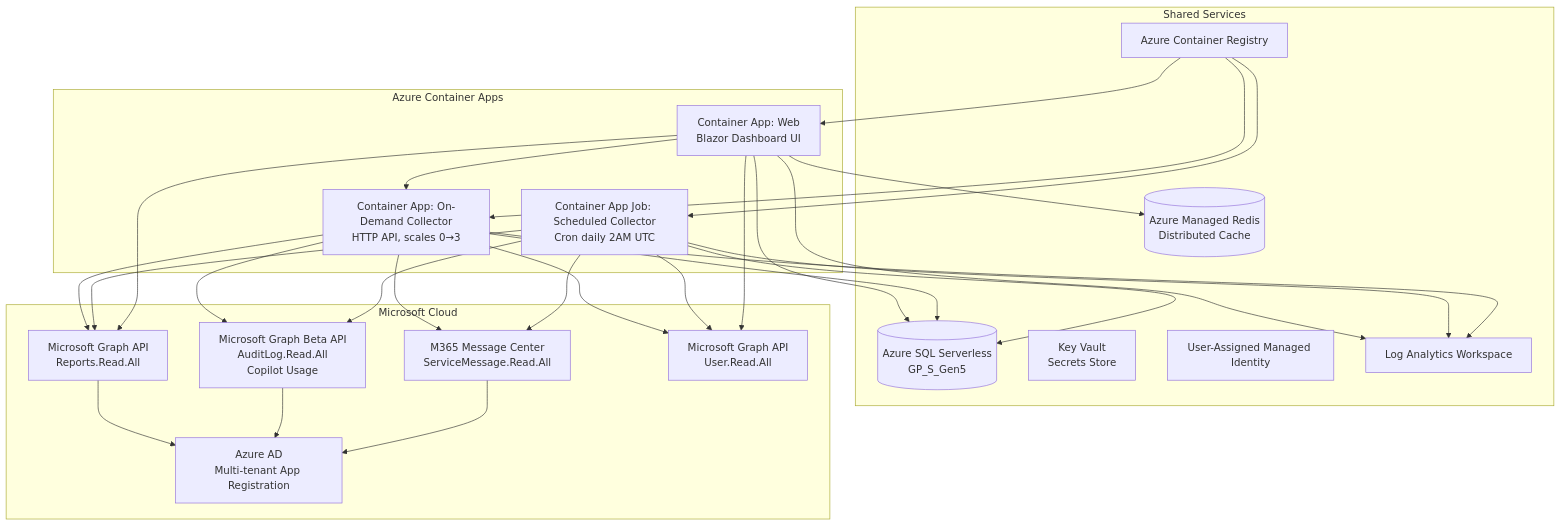
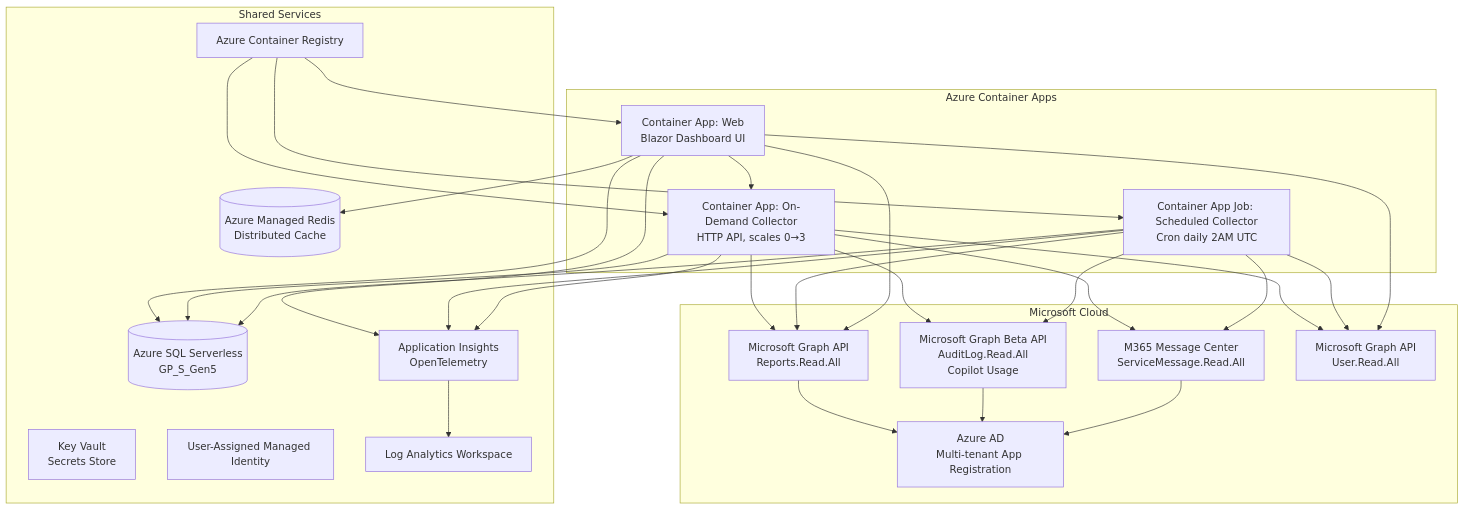
Before and after one commit to tdsnxnielsen-mikkelbach/MWDashboard: the first of 3 diagrams in docs/architecture.md, drawn with Mermaid. The commit also changed other lines of this file and 12 other files, not shown here.

Commit message:
feat: Integrate Application Insights with OpenTelemetry for distributed tracing and metrics across services

````diff
--- a/docs/architecture.md
+++ b/docs/architecture.md
@@ -5,50 +5,52 @@
 ```mermaid
 graph TB
     subgraph Azure Container Apps
         Web[Container App: Web<br/>Blazor Dashboard UI]
         Collector[Container App: On-Demand Collector<br/>HTTP API, scales 0→3]
         Job[Container App Job: Scheduled Collector<br/>Cron daily 2AM UTC]
     end
 
     subgraph Shared Services
         SQL[(Azure SQL Serverless<br/>GP_S_Gen5)]
         Redis[(Azure Managed Redis<br/>Distributed Cache)]
         KV[Key Vault<br/>Secrets Store]
         UAMI[User-Assigned Managed Identity]
         ACR[Azure Container Registry]
         Logs[Log Analytics Workspace]
+        AppInsights[Application Insights<br/>OpenTelemetry]
     end
 
     subgraph Microsoft Cloud
         Graph[Microsoft Graph API<br/>Reports.Read.All]
         GraphBeta[Microsoft Graph Beta API<br/>AuditLog.Read.All<br/>Copilot Usage]
         AAD[Azure AD<br/>Multi-tenant App Registration]
         MsgCenter[M365 Message Center<br/>ServiceMessage.Read.All]
         UsersApi[Microsoft Graph API<br/>User.Read.All]
     end
 
     Web --> SQL
     Web --> Redis
     Web --> Collector
     Collector --> SQL
     Collector --> Graph
     Collector --> GraphBeta
     Collector --> MsgCenter
     Collector --> UsersApi
     Job --> SQL
     Job --> Graph
     Job --> GraphBeta
     Job --> MsgCenter
     Job --> UsersApi
     Web --> Graph
     Web --> UsersApi
     Graph --> AAD
     GraphBeta --> AAD
     MsgCenter --> AAD
     ACR --> Web
     ACR --> Job
     ACR --> Collector
-    Web --> Logs
-    Job --> Logs
-    Collector --> Logs
+    Web --> AppInsights
+    Job --> AppInsights
+    Collector --> AppInsights
+    AppInsights --> Logs
 ```
````
